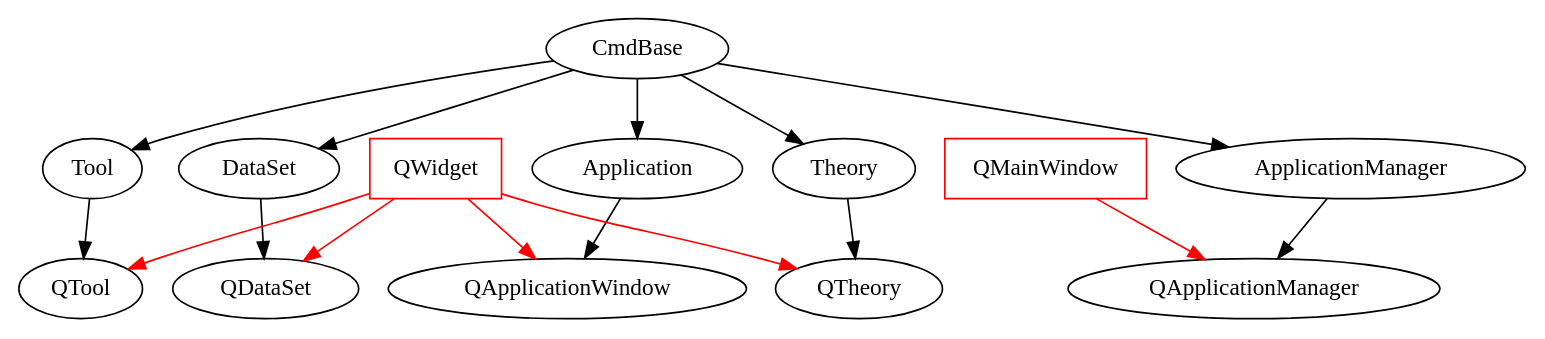
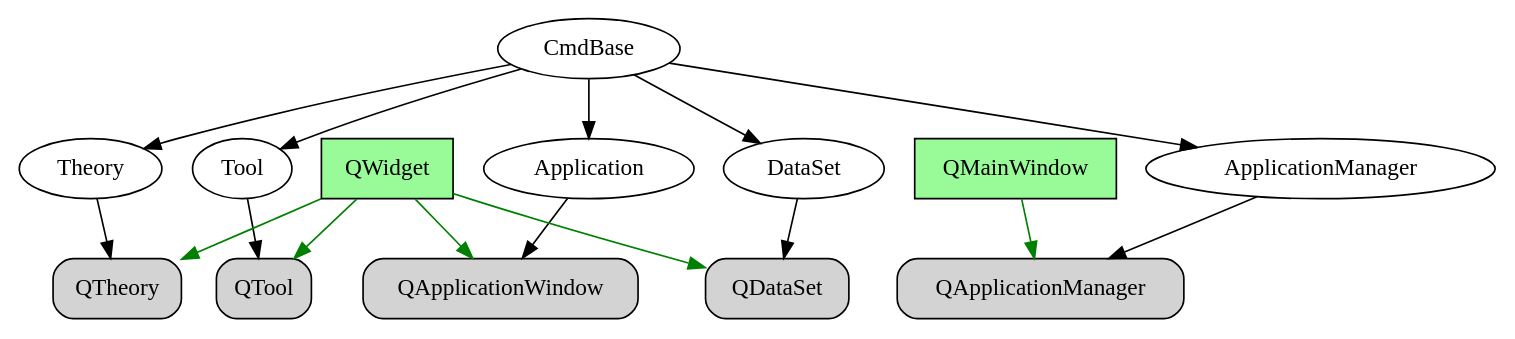
The first of 8 diagrams in docs/source/developers/callgraphGUI.rst (jorge-ramirez-upm/RepTate), drawn with Graphviz before and after one commit. The commit also changed other lines of this file and 121 other files, not shown here.

Commit message:
Improved code diagrams with links. Added diagram for typical RepTate use.

```diff
--- a/docs/source/developers/callgraphGUI.rst
+++ b/docs/source/developers/callgraphGUI.rst
@@ -9,30 +21,32 @@
 .. graphviz::
 
    digraph foo {
       "CmdBase" [href="../developers/CodeCoreCL.html#cmdbase", target="_top"]
       "Application" [href="../developers/CodeCoreCL.html#application", target="_top"]
       "ApplicationManager" [href="../developers/CodeCoreCL.html#applicationmanager", target="_top"]
       "DataSet" [href="../developers/CodeCoreCL.html#dataset", target="_top"]
       "Theory" [href="../developers/CodeCoreCL.html#theory", target="_top"]
       "Tool" [href="../developers/CodeCoreCL.html#tool", target="_top"]
       "CmdBase" -> "Application";
       "CmdBase" -> "ApplicationManager";
       "CmdBase" -> "DataSet";
       "CmdBase" -> "Theory";
       "CmdBase" -> "Tool";
-      "QApplicationWindow" [href="../developers/CodeCoreGUI.html#qapplicationwindow", target="_top"]
-      "QTheory" [href="../developers/CodeCoreGUI.html#qtheory", target="_top"]
-      "QTool" [href="../developers/CodeCoreGUI.html#qtool", target="_top"]
+      "QApplicationWindow" [href="../developers/CodeCoreGUI.html#qapplicationwindow", target="_top", shape="box", style="rounded,filled"]
+      "QApplicationManager" [href="../developers/CodeCoreGUI.html#qapplicationmanager", target="_top", shape="box", style="rounded,filled"]
+      "QDataSet" [href="../developers/CodeCoreGUI.html#qdataset", target="_top", shape="box", style="rounded,filled"]
+      "QTheory" [href="../developers/CodeCoreGUI.html#qtheory", target="_top", shape="box", style="rounded,filled"]
+      "QTool" [href="../developers/CodeCoreGUI.html#qtool", target="_top", shape="box", style="rounded,filled"]
       "Application" -> "QApplicationWindow";
       "ApplicationManager" -> "QApplicationManager";
       "DataSet" -> "QDataSet";
       "Theory" -> "QTheory";
       "Tool" -> "QTool";
-      "QWidget" [shape=box,color=red,href="https://doc.qt.io/qt-5/qwidget.html", target="_top"]
-      "QMainWindow" [shape=box,color=red,href="https://doc.qt.io/qt-5/qmainwindow.html", target="_top"]
-      "QWidget" -> "QApplicationWindow" [color=red];
-      "QWidget" -> "QDataSet" [color=red];
-      "QWidget" -> "QTheory" [color=red];
-      "QWidget" -> "QTool" [color=red];
-      "QMainWindow" -> "QApplicationManager" [color=red];
+      "QWidget" [shape=box,fillcolor=palegreen,href="https://doc.qt.io/qt-5/qwidget.html", target="_top", style="filled"]
+      "QMainWindow" [shape=box,fillcolor=palegreen,href="https://doc.qt.io/qt-5/qmainwindow.html", target="_top", style="filled"]
+      "QWidget" -> "QApplicationWindow" [color=green];
+      "QWidget" -> "QDataSet" [color=green];
+      "QWidget" -> "QTheory" [color=green];
+      "QWidget" -> "QTool" [color=green];
+      "QMainWindow" -> "QApplicationManager" [color=green];
    }
```
